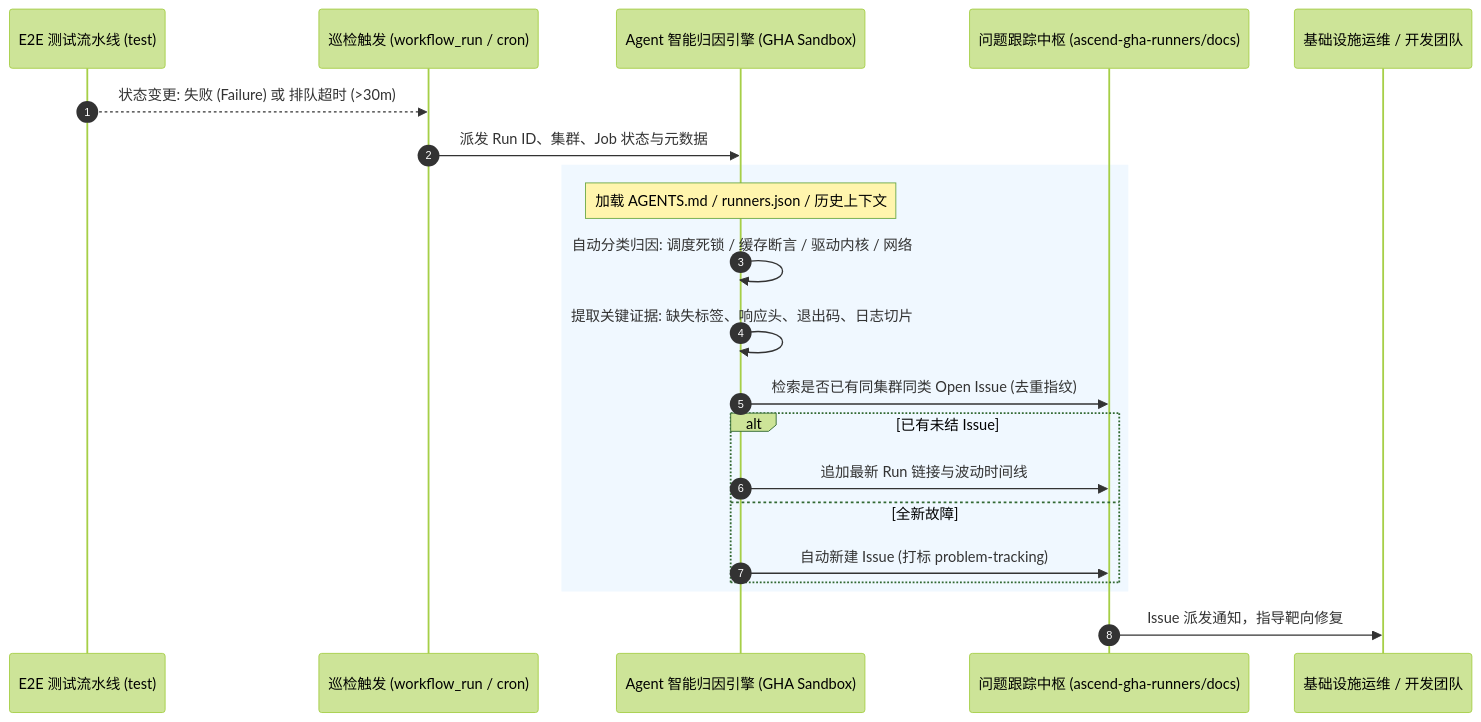
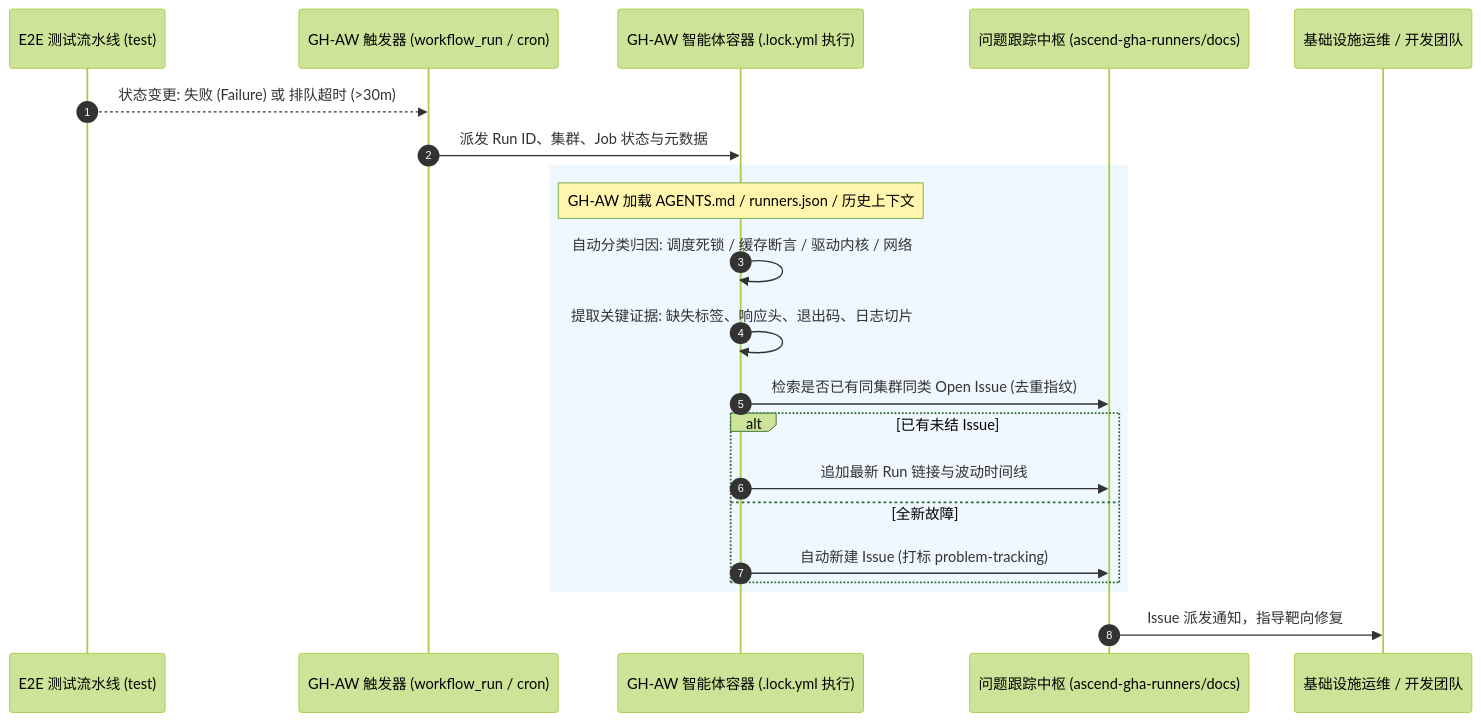
Before and after one commit to ascend-gha-runners/test: the diagram in docs/adr/0004-基于agentic-workflow实现e2e测试异常智能巡检与跨仓issue闭环跟踪.md, drawn with Mermaid (forest theme). The commit also changed other lines of this file and 1 other file, not shown here.

````diff
--- a/docs/adr/0004-基于agentic-workflow实现e2e测试异常智能巡检与跨仓issue闭环跟踪.md
+++ b/docs/adr/0004-基于agentic-workflow实现e2e测试异常智能巡检与跨仓issue闭环跟踪.md
@@ -27,24 +42,24 @@
 ```mermaid
 sequenceDiagram
     autonumber
     participant Pipeline as E2E 测试流水线 (test)
-    participant Watcher as 巡检触发 (workflow_run / cron)
-    participant Analyzer as Agent 智能归因引擎 (GHA Sandbox)
+    participant Watcher as GH-AW 触发器 (workflow_run / cron)
+    participant Analyzer as GH-AW 智能体容器 (.lock.yml 执行)
     participant DocsRepo as 问题跟踪中枢 (ascend-gha-runners/docs)
     participant Maintainer as 基础设施运维 / 开发团队
 
     Pipeline-->>Watcher: 状态变更: 失败 (Failure) 或 排队超时 (>30m)
     Watcher->>Analyzer: 派发 Run ID、集群、Job 状态与元数据
     rect rgb(240, 248, 255)
-    Note over Analyzer: 加载 AGENTS.md / runners.json / 历史上下文
+    Note over Analyzer: GH-AW 加载 AGENTS.md / runners.json / 历史上下文
     Analyzer->>Analyzer: 自动分类归因: 调度死锁 / 缓存断言 / 驱动内核 / 网络
     Analyzer->>Analyzer: 提取关键证据: 缺失标签、响应头、退出码、日志切片
     Analyzer->>DocsRepo: 检索是否已有同集群同类 Open Issue (去重指纹)
     alt 已有未结 Issue
         Analyzer->>DocsRepo: 追加最新 Run 链接与波动时间线
     else 全新故障
         Analyzer->>DocsRepo: 自动新建 Issue (打标 problem-tracking)
     end
     end
     DocsRepo->>Maintainer: Issue 派发通知，指导靶向修复
 ```
````
